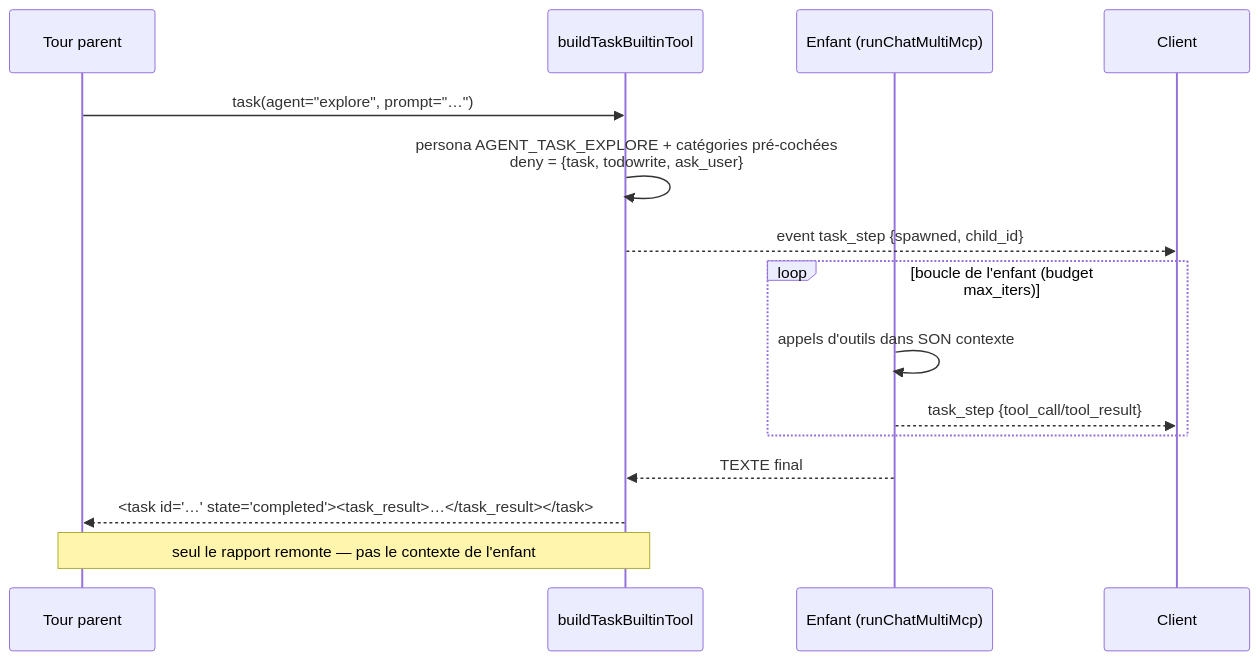
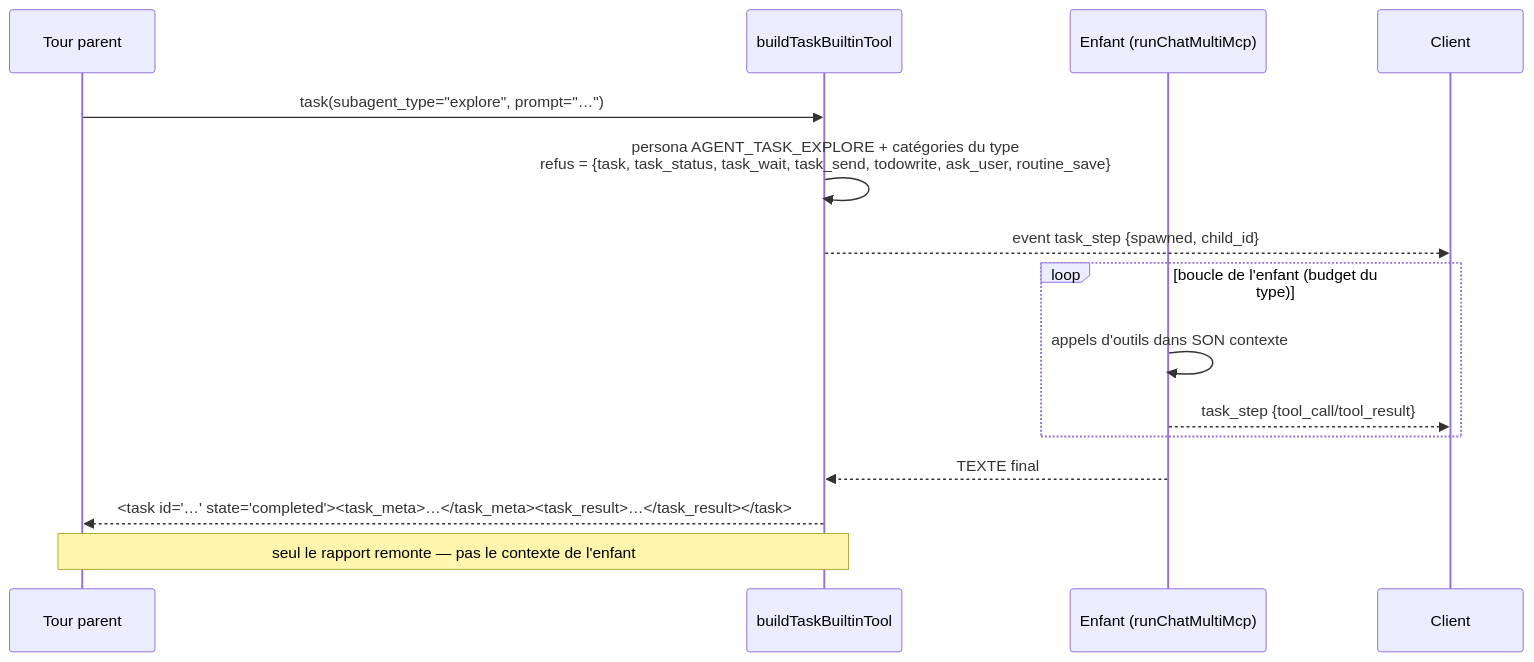
Before and after one commit to toto-fou/Elpis: diagram 12 of 16 in docs/architecture.md, drawn with Mermaid. The commit also changed other lines of this file and 105 other files, not shown here.

````diff
--- a/docs/architecture.md
+++ b/docs/architecture.md
@@ -1293,17 +1311,17 @@
 ```mermaid
 sequenceDiagram
     participant P as Tour parent
     participant T as buildTaskBuiltinTool
     participant E as Enfant (runChatMultiMcp)
     participant C as Client
-    P->>T: task(agent="explore", prompt="…")
-    T->>T: persona AGENT_TASK_EXPLORE + catégories pré-cochées<br/>deny = {task, todowrite, ask_user}
+    P->>T: task(subagent_type="explore", prompt="…")
+    T->>T: persona AGENT_TASK_EXPLORE + catégories du type<br/>refus = {task, task_status, task_wait, task_send, todowrite, ask_user, routine_save}
     T-->>C: event task_step {spawned, child_id}
-    loop boucle de l'enfant (budget max_iters)
+    loop boucle de l'enfant (budget du type)
         E->>E: appels d'outils dans SON contexte
         E-->>C: task_step {tool_call/tool_result}
     end
     E-->>T: TEXTE final
-    T-->>P: <task id="…" state="completed"><task_result>…</task_result></task>
+    T-->>P: <task id="…" state="completed"><task_meta>…</task_meta><task_result>…</task_result></task>
     Note over T,P: seul le rapport remonte — pas le contexte de l'enfant
 ```
````
